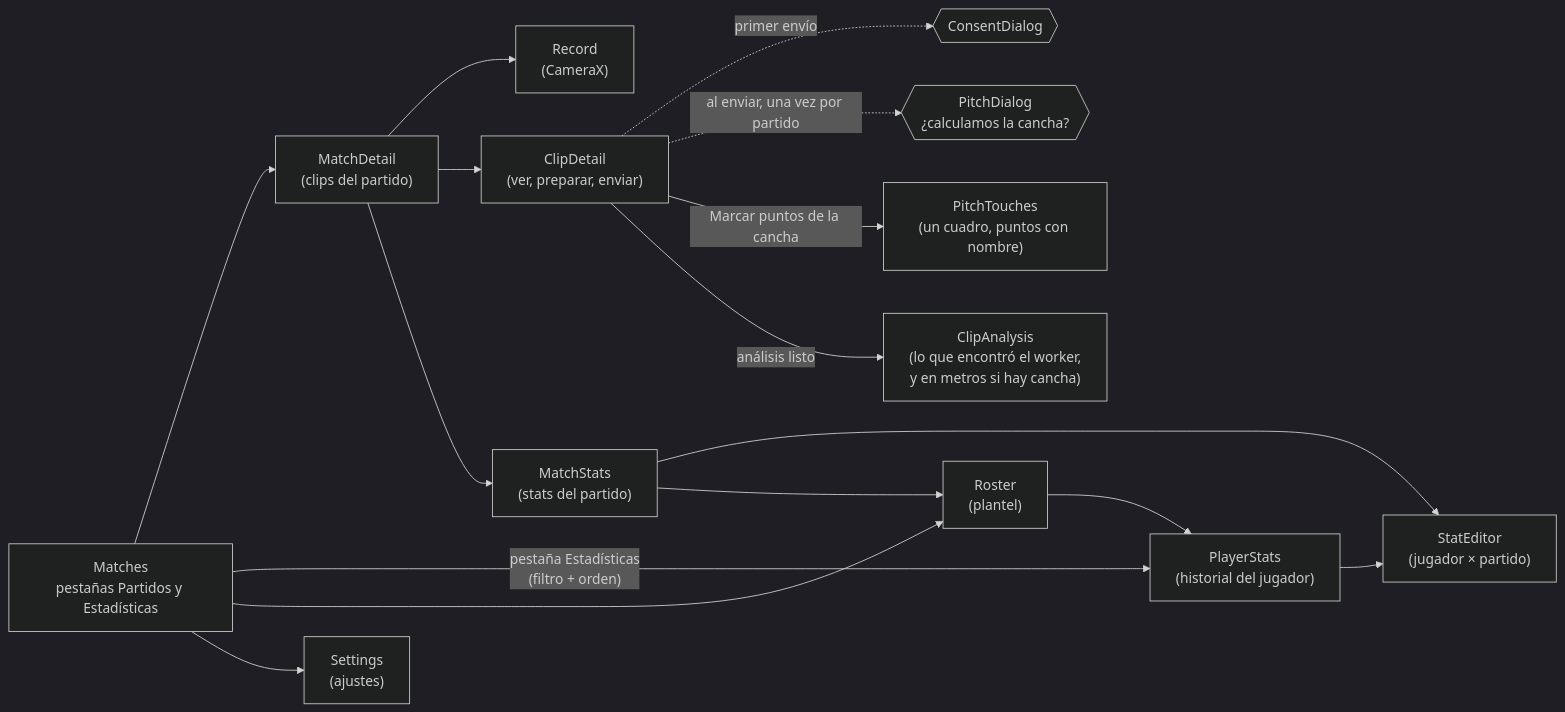
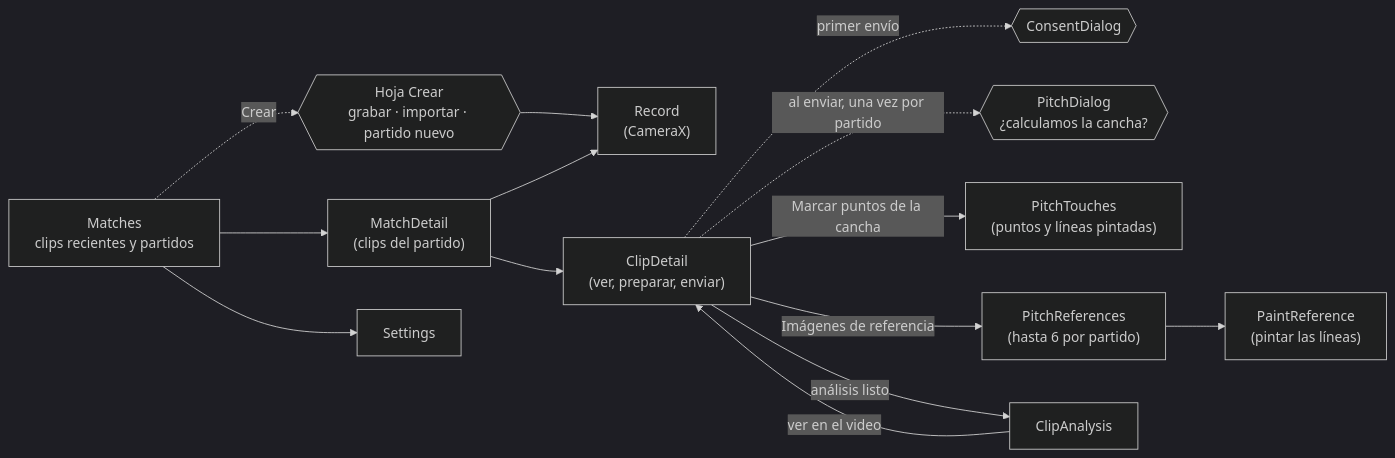
Before and after one commit to pepemxl/meta-ai-hackathon-2026: the second of 5 diagrams in docs/arquitectura/02-app-android.md, drawn with Mermaid (dark theme). The commit also changed other lines of this file and 16 other files, not shown here.

````diff
--- a/docs/arquitectura/02-app-android.md
+++ b/docs/arquitectura/02-app-android.md
@@ -65,18 +66,16 @@
 ```mermaid
 flowchart LR
-    M["Matches<br/>pestañas Partidos y Estadísticas"] --> MD["MatchDetail<br/>(clips del partido)"]
-    M -->|"pestaña Estadísticas<br/>(filtro + orden)"| PS
-    M --> R["Roster<br/>(plantel)"]
-    M --> S["Settings<br/>(ajustes)"]
+    M["Matches<br/>clips recientes y partidos"] --> MD["MatchDetail<br/>(clips del partido)"]
+    M -.->|"Crear"| SH{{"Hoja Crear<br/>grabar · importar · partido nuevo"}}
+    SH --> REC
     MD --> REC["Record<br/>(CameraX)"]
     MD --> CD["ClipDetail<br/>(ver, preparar, enviar)"]
-    MD --> MS["MatchStats<br/>(stats del partido)"]
-    MS --> SE["StatEditor<br/>(jugador × partido)"]
-    MS --> R
-    R --> PS["PlayerStats<br/>(historial del jugador)"]
-    PS --> SE
+    M --> S["Settings"]
     CD -.->|"primer envío"| CON{{"ConsentDialog"}}
     CD -.->|"al enviar, una vez por partido"| PD{{"PitchDialog<br/>¿calculamos la cancha?"}}
-    CD -->|"Marcar puntos de la cancha"| PT["PitchTouches<br/>(un cuadro, puntos con nombre)"]
-    CD -->|"análisis listo"| CA["ClipAnalysis<br/>(lo que encontró el worker,<br/>y en metros si hay cancha)"]
+    CD -->|"Marcar puntos de la cancha"| PT["PitchTouches<br/>(puntos y líneas pintadas)"]
+    CD -->|"Imágenes de referencia"| PR["PitchReferences<br/>(hasta 6 por partido)"]
+    PR --> PA["PaintReference<br/>(pintar las líneas)"]
+    CD -->|"análisis listo"| CA["ClipAnalysis"]
+    CA -->|"ver en el video"| CD
 ```
````
